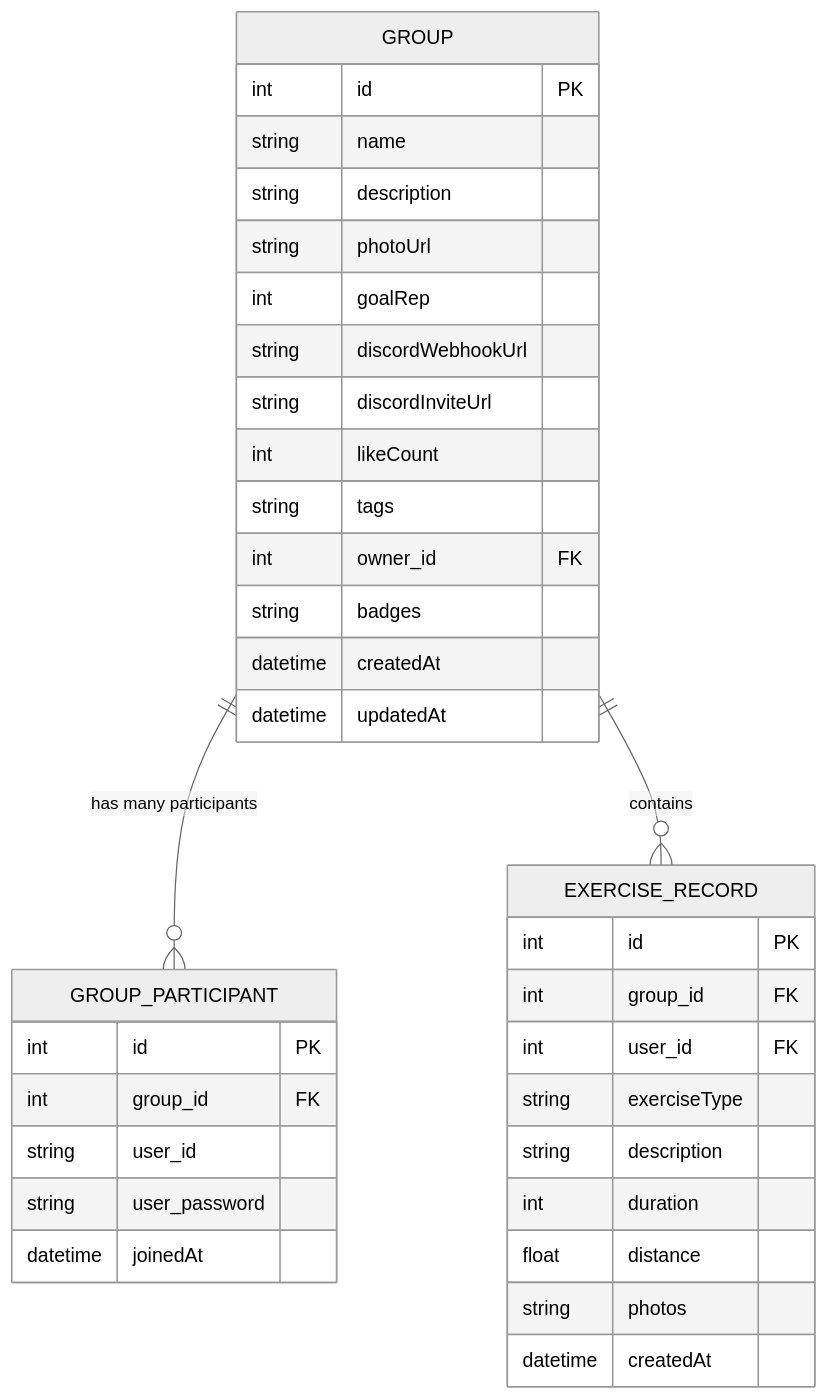
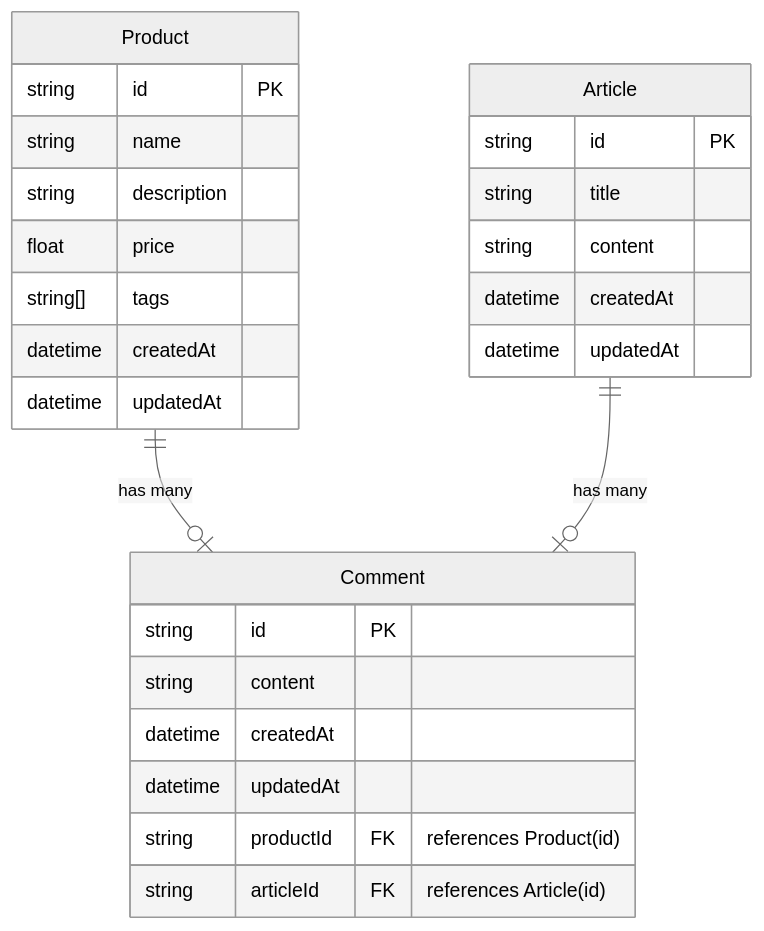
The diagram in README.md (funfungun/mermaid2), drawn with Mermaid (neutral theme) before and after one commit. The commit also changed other lines of this file, not shown here.

````diff
--- a/README.md
+++ b/README.md
@@ -1,53 +3,32 @@
 ```mermaid
 erDiagram
-    GROUP {
-        int id PK
+    Product {
+        string id PK
         string name
         string description
-        string photoUrl
-        int goalRep
-        string discordWebhookUrl
-        string discordInviteUrl
-        int likeCount
-        string tags
-        int owner_id FK
-        string badges
+        float price
+        string[] tags
         datetime createdAt
         datetime updatedAt
-        %% UNIQUE(name)
-        %% DEFAULT goalRep = 0
-        %% DEFAULT likeCount = 0
-        %% DEFAULT createdAt = NOW()
-        %% DEFAULT updatedAt = NOW()
-        %% REFERENCES owner_id -> USER(id)
     }
 
-    GROUP_PARTICIPANT {
-        int id PK
-        int group_id FK
-        string user_id
-        string user_password
-        datetime joinedAt
-        %% UNIQUE(group_id, user_id)
-        %% DEFAULT joinedAt = NOW()
-        %% REFERENCES group_id -> GROUP(id)
+    Article {
+        string id PK
+        string title
+        string content
+        datetime createdAt
+        datetime updatedAt
     }
 
-    EXERCISE_RECORD {
-        int id PK
-        int group_id FK
-        int user_id FK
-        string exerciseType
-        string description
-        int duration
-        float distance
-        string photos
+    Comment {
+        string id PK
+        string content
         datetime createdAt
-        %% DEFAULT createdAt = NOW()
-        %% REFERENCES group_id -> GROUP(id)
-        %% REFERENCES user_id -> USER(id)
+        datetime updatedAt
+        string productId FK "references Product(id)"
+        string articleId FK "references Article(id)"
     }
 
-    GROUP ||--o{ GROUP_PARTICIPANT : "has many participants"
-    GROUP ||--o{ EXERCISE_RECORD : "contains"
+    Product ||--o| Comment: "has many"
+    Article ||--o| Comment: "has many"
 ```
````
